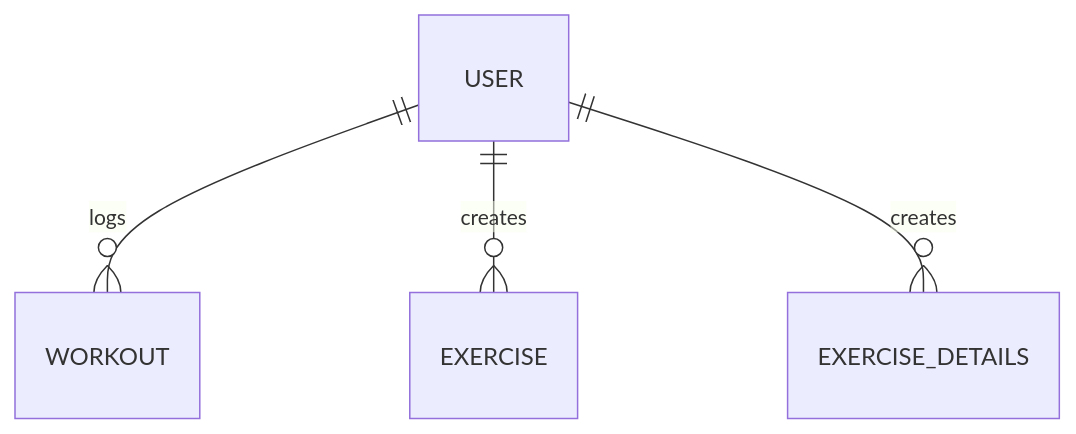
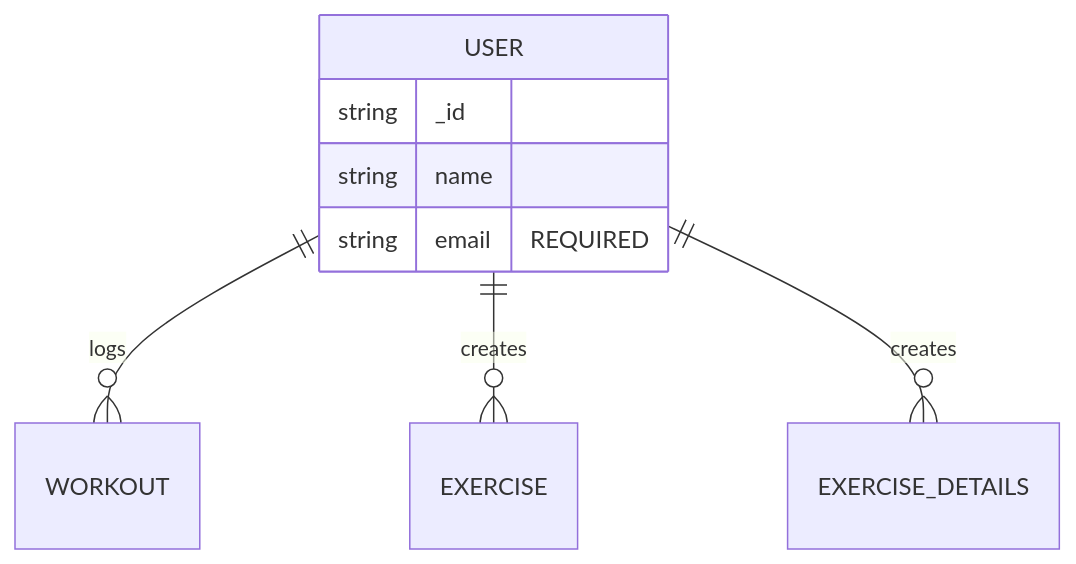
One commit to the-papabear/movemf changed the first of 4 diagrams in README.md. Above: the diagram before and after it, drawn with Mermaid. The commit also changed other lines of this file, not shown here.

Commit message:
Update User model in the README

````diff
--- a/README.md
+++ b/README.md
@@ -68,6 +68,11 @@
 ```mermaid
   erDiagram
     USER ||--o{ WORKOUT : logs
+    USER {
+      string _id
+      string name
+      string email "REQUIRED"
+    }
     USER ||--o{ EXERCISE : creates
     USER ||--o{ EXERCISE_DETAILS: creates
 ```
````
